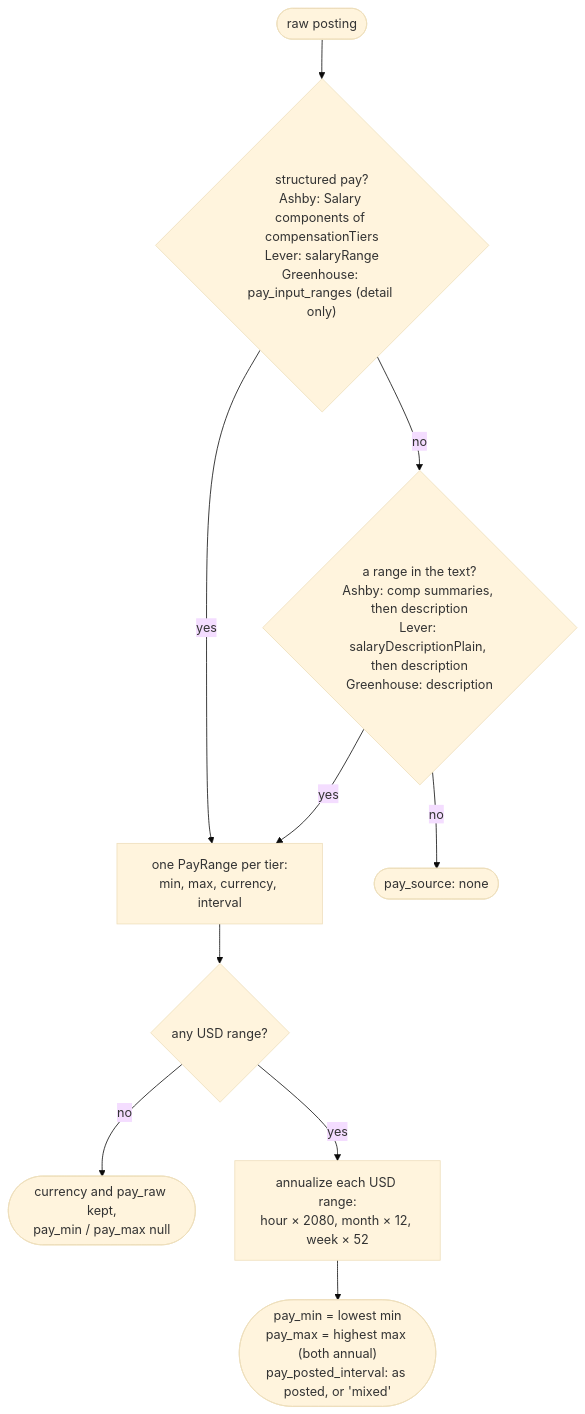
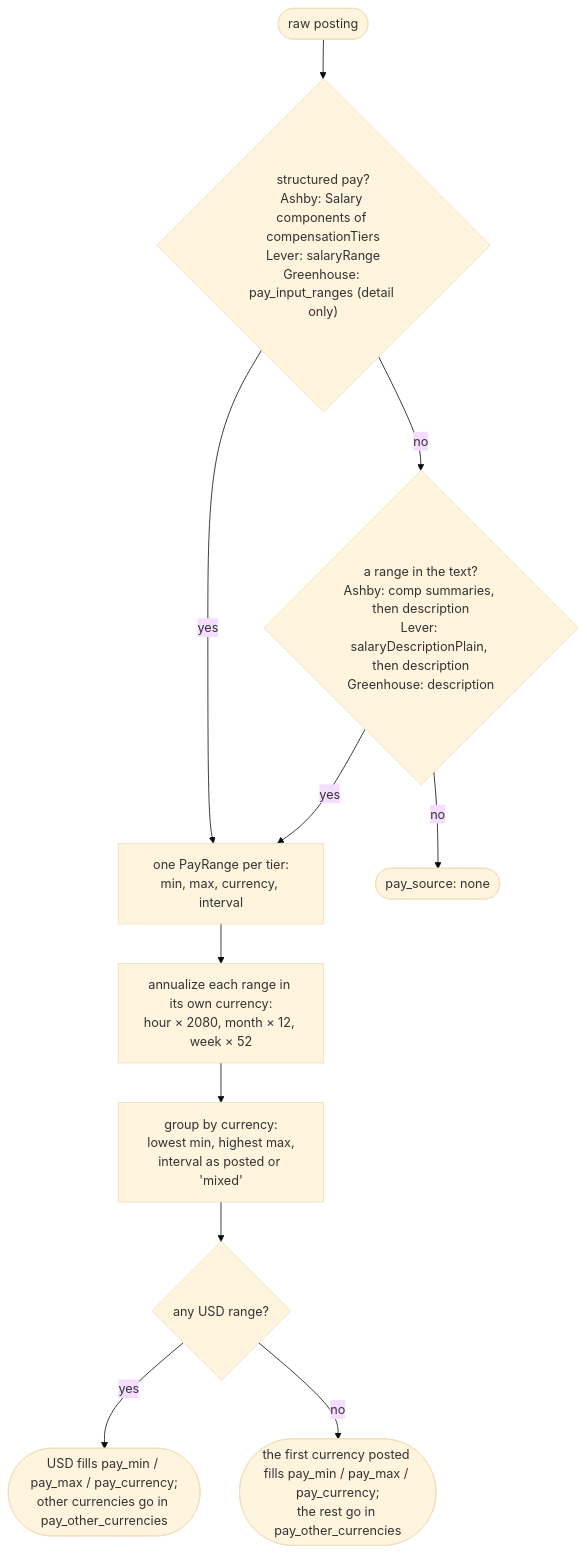
One commit to HakujouRyu/jobboard-mcp changed the second of 3 diagrams in docs/normalization.md. Above: the diagram before and after it, drawn with Mermaid (base theme). The commit also changed other lines of this file and 13 other files, not shown here.

First line of the commit message:
Report pay in the currency it was posted in

````diff
--- a/docs/normalization.md
+++ b/docs/normalization.md
@@ -88,12 +88,13 @@
 ```mermaid
 flowchart TD
     start(["raw posting"]) --> s{"structured pay?<br/>Ashby: Salary components of compensationTiers<br/>Lever: salaryRange<br/>Greenhouse: pay_input_ranges (detail only)"}
     s -- yes --> ranges["one PayRange per tier:<br/>min, max, currency, interval"]
     s -- no --> text{"a range in the text?<br/>Ashby: comp summaries, then description<br/>Lever: salaryDescriptionPlain, then description<br/>Greenhouse: description"}
     text -- yes --> ranges
     text -- no --> none(["pay_source: none"])
-    ranges --> usd{"any USD range?"}
-    usd -- no --> nonusd(["currency and pay_raw kept,<br/>pay_min / pay_max null"])
-    usd -- yes --> ann["annualize each USD range:<br/>hour × 2080, month × 12, week × 52"]
-    ann --> combine(["pay_min = lowest min<br/>pay_max = highest max (both annual)<br/>pay_posted_interval: as posted, or 'mixed'"])
+    ranges --> ann["annualize each range in its own currency:<br/>hour × 2080, month × 12, week × 52"]
+    ann --> group["group by currency:<br/>lowest min, highest max,<br/>interval as posted or 'mixed'"]
+    group --> usd{"any USD range?"}
+    usd -- yes --> primusd(["USD fills pay_min / pay_max / pay_currency;<br/>other currencies go in pay_other_currencies"])
+    usd -- no --> primfirst(["the first currency posted fills pay_min / pay_max / pay_currency;<br/>the rest go in pay_other_currencies"])
 ```
````
